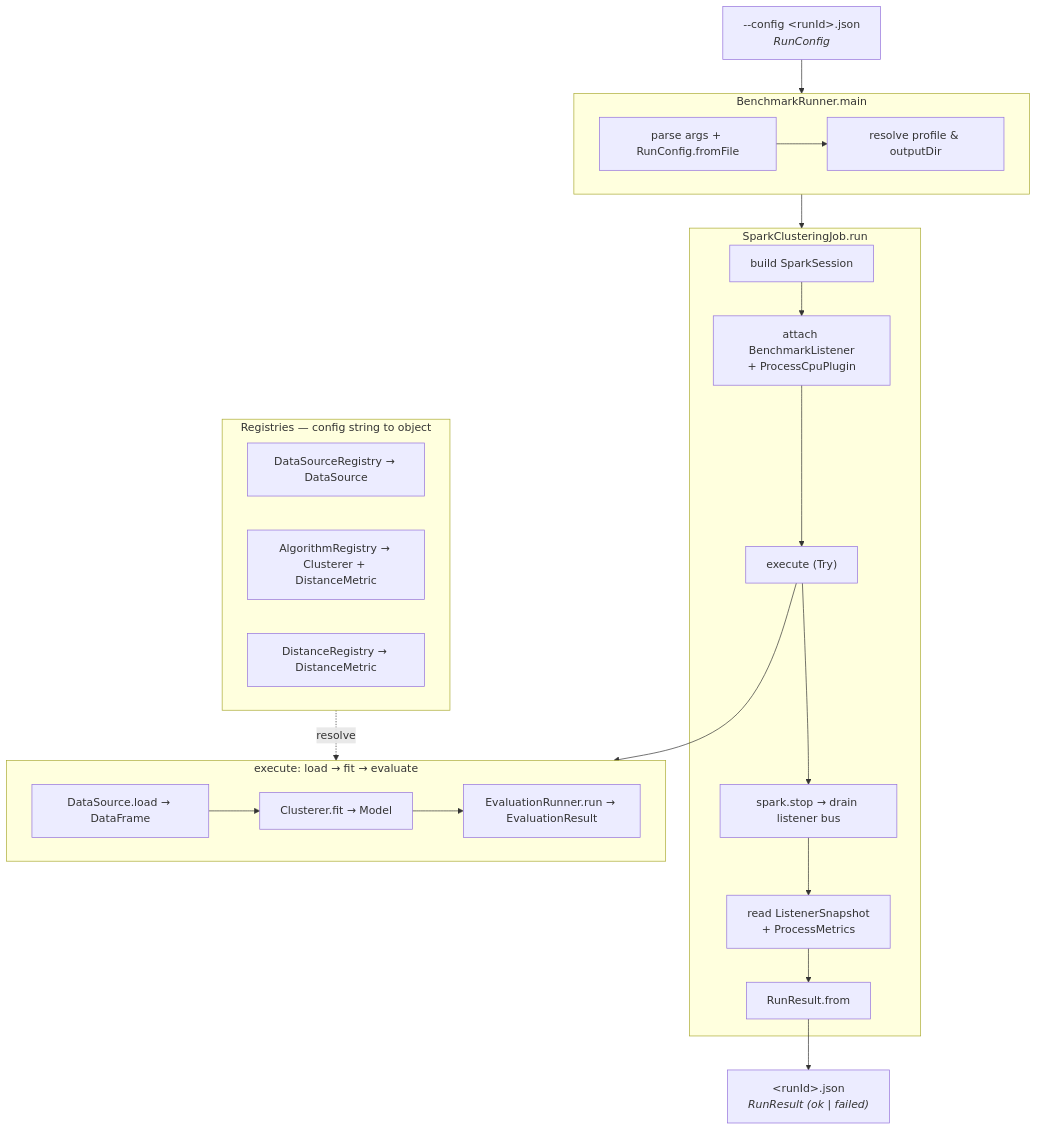
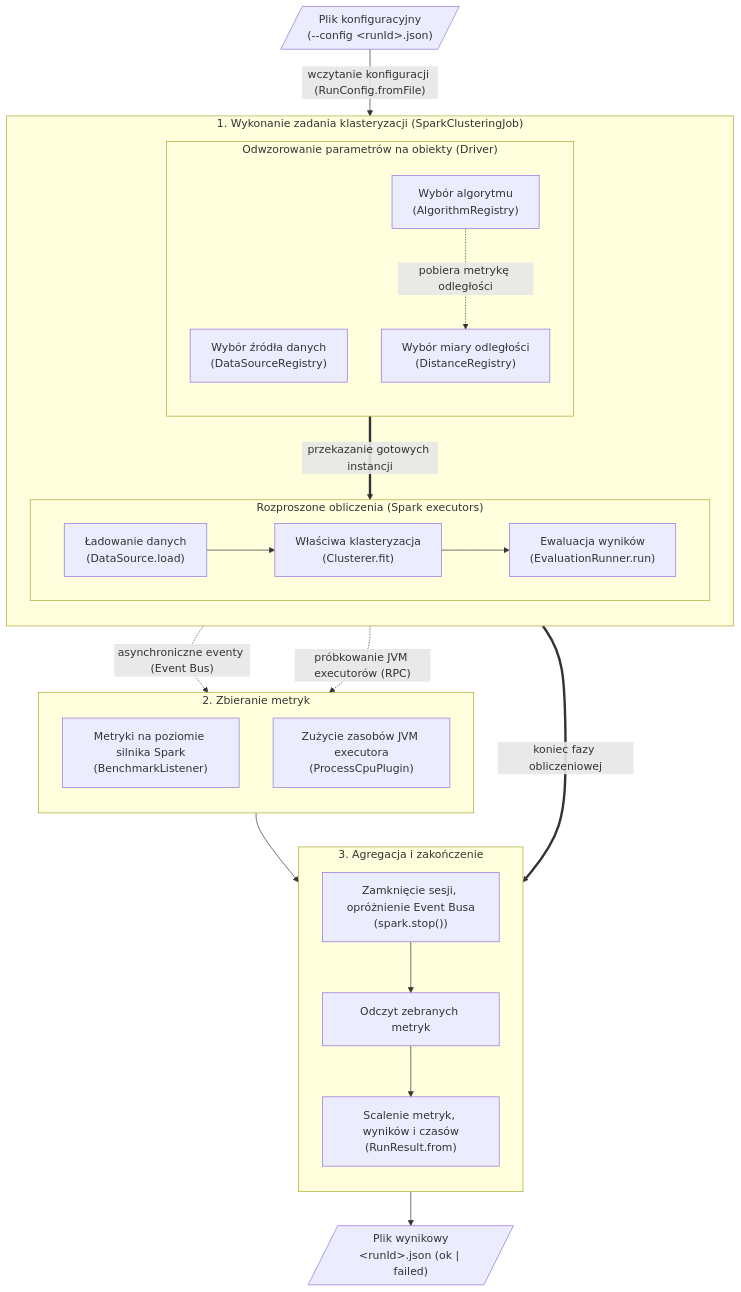
One commit to natix-x/spark-clustering-algorithms changed the diagram in README.md. Above: the diagram before and after it, drawn with Mermaid.

Commit message:
update mermaid flow logic chart

````diff
--- a/README.md
+++ b/README.md
@@ -35,33 +35,48 @@
 ```mermaid
 flowchart TD
-    CONFIG["--config &lt;runId&gt;.json<br/><i>RunConfig</i>"] --> RUNNER
+  CONF[/"Plik konfiguracyjny<br/>(--config &lt;runId&gt;.json)"/] -->|"wczytanie konfiguracji (RunConfig.fromFile)"| JOB
 
-    subgraph RUNNER["BenchmarkRunner.main"]
-        R1["parse args + RunConfig.fromFile"] --> R2["resolve profile &amp; outputDir"]
+  subgraph JOB ["1. Wykonanie zadania klasteryzacji (SparkClusteringJob)"]
+    direction TB
+
+    subgraph REG ["Odwzorowanie parametrów na obiekty (Driver)"]
+      direction TB
+      DSR["Wybór źródła danych<br/>(DataSourceRegistry)"]
+      ALGOR["Wybór algorytmu<br/>(AlgorithmRegistry)"]
+      DIST["Wybór miary odległości<br/>(DistanceRegistry)"]
+
+      ALGOR -.->|"pobiera metrykę odległości"| DIST
     end
 
-    RUNNER --> JOB
-
-    subgraph JOB["SparkClusteringJob.run"]
-        J1["build SparkSession"] --> J2["attach BenchmarkListener<br/>+ ProcessCpuPlugin"]
-        J2 --> J3["execute (Try)"]
-        J3 --> J4["spark.stop → drain listener bus"]
-        J4 --> J5["read ListenerSnapshot<br/>+ ProcessMetrics"]
-        J5 --> J6["RunResult.from"]
+    subgraph CLUSTER ["Rozproszone obliczenia (Spark executors)"]
+      direction LR
+      LOAD["Ładowanie danych<br/>(DataSource.load)"] --> FIT["Właściwa klasteryzacja<br/>(Clusterer.fit)"] --> EVAL["Ewaluacja wyników<br/>(EvaluationRunner.run)"]
     end
 
-    subgraph EXEC["execute: load → fit → evaluate"]
-        E1["DataSource.load → DataFrame"] --> E2["Clusterer.fit → Model"]
-        E2 --> E3["EvaluationRunner.run → EvaluationResult"]
-    end
+    REG ==>|"przekazanie gotowych instancji"| LOAD
+  end
 
-    subgraph REG["Registries — config string to object"]
-        REGD["DataSourceRegistry → DataSource"]
-        REGA["AlgorithmRegistry → Clusterer + DistanceMetric"]
-        REGX["DistanceRegistry → DistanceMetric"]
-    end
+  subgraph TELE ["2. Zbieranie metryk"]
+    direction TB
+    BL["Metryki na poziomie silnika Spark<br/>(BenchmarkListener)"]
+    PCP["Zużycie zasobów JVM executora<br/>(ProcessCpuPlugin)"]
+  end
 
-    J3 --> EXEC
-    REG -. resolve .-> EXEC
-    J6 --> OUT["&lt;runId&gt;.json<br/><i>RunResult (ok | failed)</i>"]
+  CLUSTER -.->|"asynchroniczne eventy (Event Bus)"| BL
+  CLUSTER -.->|"próbkowanie JVM executorów (RPC)"| PCP
+
+  CLUSTER ==>|"koniec fazy obliczeniowej"| STOP
+
+  subgraph FINISH ["3. Agregacja i zakończenie"]
+    direction TB
+    STOP["Zamknięcie sesji, opróżnienie Event Busa<br/>(spark.stop())"]
+    READ["Odczyt zebranych metryk"]
+    RES["Scalenie metryk, wyników i czasów<br/>(RunResult.from)"]
+
+    STOP --> READ
+    READ --> RES
+  end
+
+  TELE --> READ
+  RES --> OUT[/"Plik wynikowy<br/>&lt;runId&gt;.json (ok | failed)"/]
 ```
````
